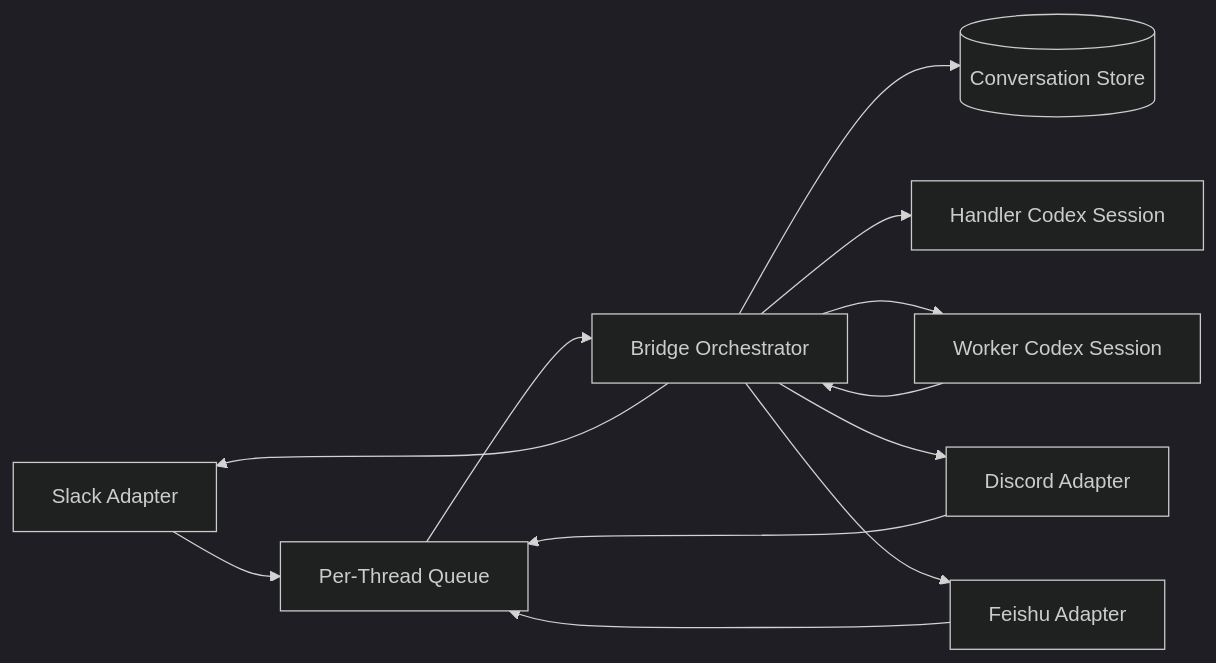
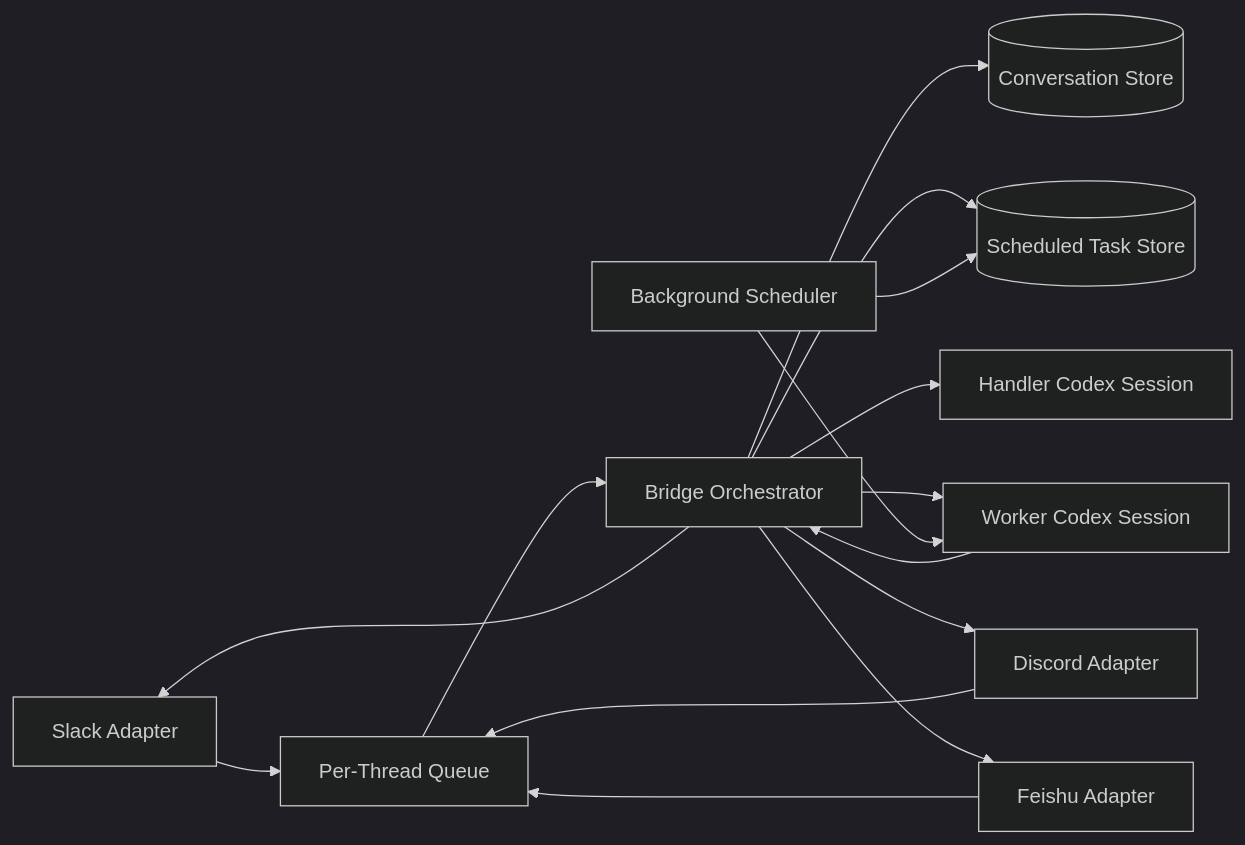
Before and after one commit to HOOLC/nuntius: the diagram in docs/im-codex-bridge-design.md, drawn with Mermaid (dark theme). The commit also changed other lines of this file and 16 other files, not shown here.

Commit message:
Add scheduled task orchestration

````diff
--- a/docs/im-codex-bridge-design.md
+++ b/docs/im-codex-bridge-design.md
@@ -88,23 +107,28 @@
 ```mermaid
 flowchart LR
     Slack[Slack Adapter]
     Discord[Discord Adapter]
     Feishu[Feishu Adapter]
     Queue[Per-Thread Queue]
     Store[(Conversation Store)]
+    TaskStore[(Scheduled Task Store)]
     Orchestrator[Bridge Orchestrator]
     Handler[Handler Codex Session]
     Worker[Worker Codex Session]
+    Scheduler[Background Scheduler]
 
     Slack --> Queue
     Discord --> Queue
     Feishu --> Queue
     Queue --> Orchestrator
     Orchestrator --> Store
+    Orchestrator --> TaskStore
     Orchestrator --> Handler
     Orchestrator --> Worker
     Worker --> Orchestrator
+    Scheduler --> TaskStore
+    Scheduler --> Worker
     Orchestrator --> Slack
     Orchestrator --> Discord
     Orchestrator --> Feishu
 ```
````
